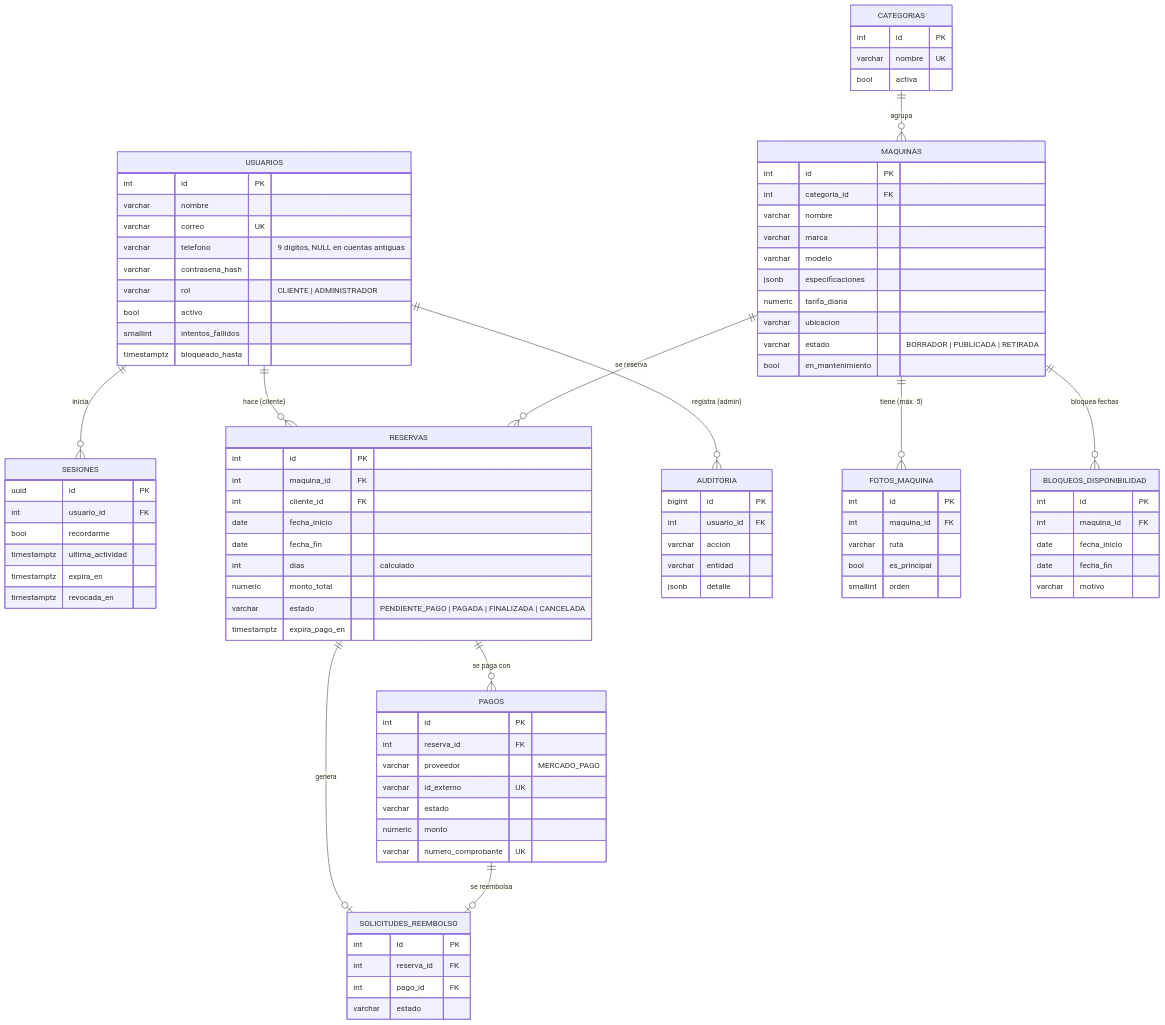
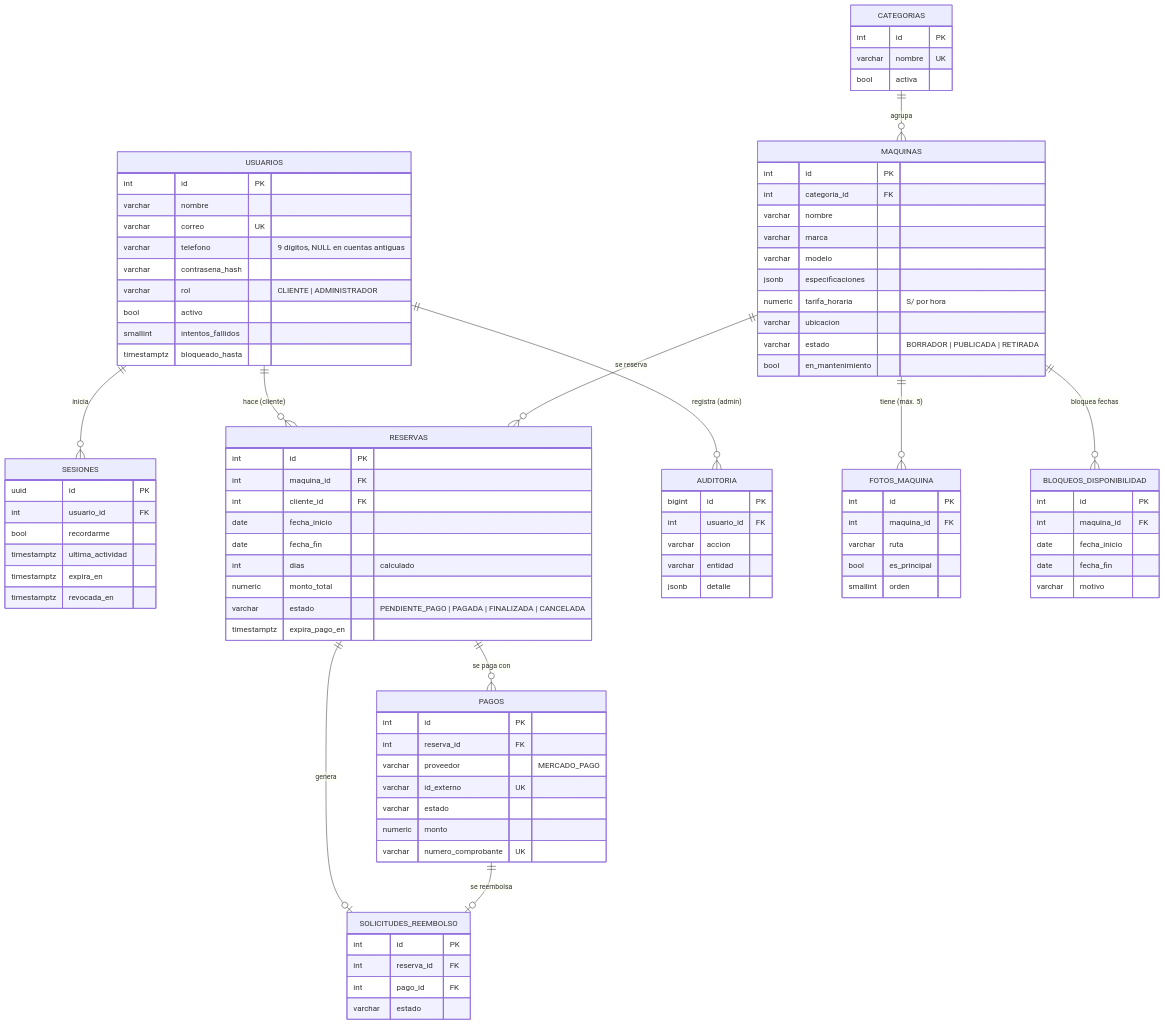
One commit to kevinrujel26-arch/agiledevelo changed the first of 2 diagrams in docs/base-de-datos.md. Above: the diagram before and after it, drawn with Mermaid. The commit also changed other lines of this file and 8 other files, not shown here.

```diff
--- a/docs/base-de-datos.md
+++ b/docs/base-de-datos.md
@@ -58,7 +58,7 @@
         varchar marca
         varchar modelo
         jsonb especificaciones
-        numeric tarifa_diaria
+        numeric tarifa_horaria "S/ por hora"
         varchar ubicacion
         varchar estado "BORRADOR | PUBLICADA | RETIRADA"
         bool en_mantenimiento
```
